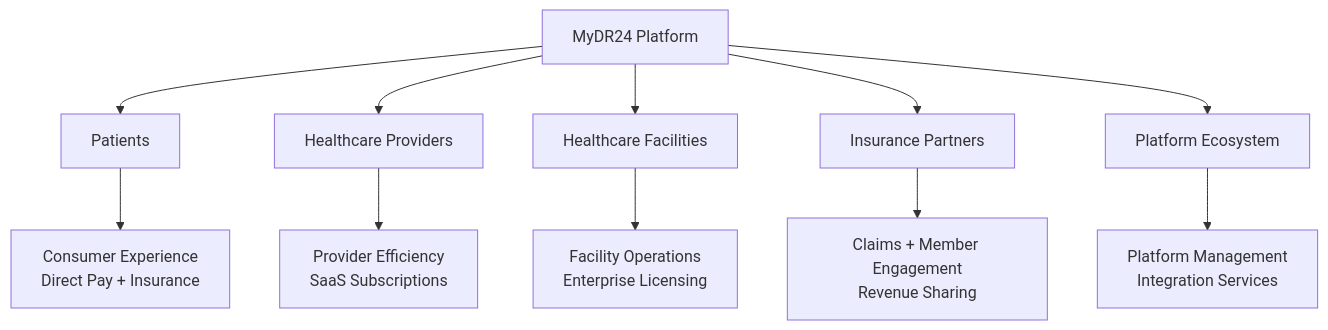
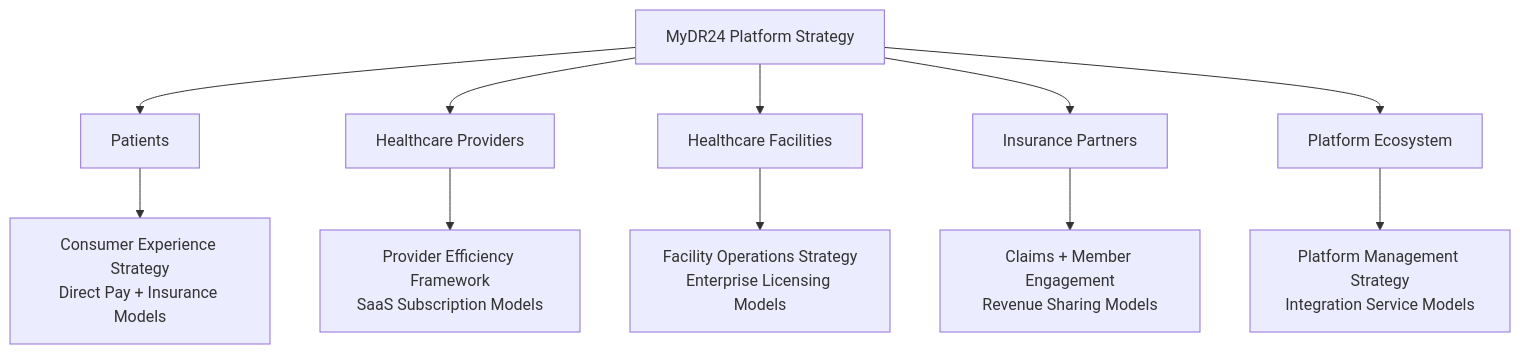
Before and after one commit to mydr24/book: the first of 13 diagrams in chapters/02-platform-design.md, drawn with Mermaid. The commit also changed other lines of this file and 15 other files, not shown here.

````diff
--- a/chapters/02-platform-design.md
+++ b/chapters/02-platform-design.md
@@ -12,14 +14,14 @@
 ```mermaid
 graph TB
-    A[MyDR24 Platform] --> B[Patients]
+    A[MyDR24 Platform Strategy] --> B[Patients]
     A --> C[Healthcare Providers]
     A --> D[Healthcare Facilities]
     A --> E[Insurance Partners]
     A --> F[Platform Ecosystem]
     
-    B --> G[Consumer Experience<br/>Direct Pay + Insurance]
-    C --> H[Provider Efficiency<br/>SaaS Subscriptions]
-    D --> I[Facility Operations<br/>Enterprise Licensing]
-    E --> J[Claims + Member Engagement<br/>Revenue Sharing]
-    F --> K[Platform Management<br/>Integration Services]
+    B --> G[Consumer Experience Strategy<br/>Direct Pay + Insurance Models]
+    C --> H[Provider Efficiency Framework<br/>SaaS Subscription Models]
+    D --> I[Facility Operations Strategy<br/>Enterprise Licensing Models]
+    E --> J[Claims + Member Engagement<br/>Revenue Sharing Models]
+    F --> K[Platform Management Strategy<br/>Integration Service Models]
 ```
````
